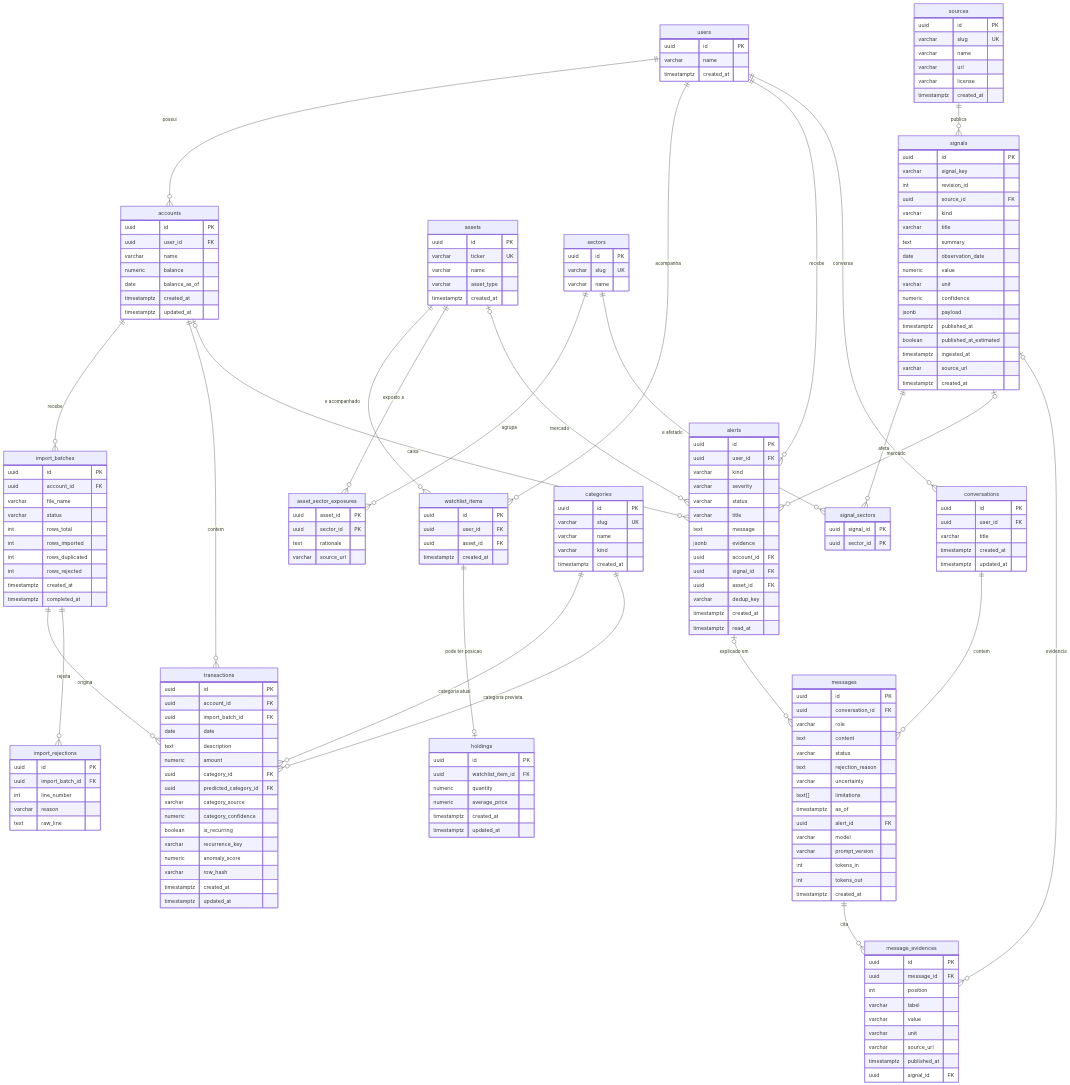
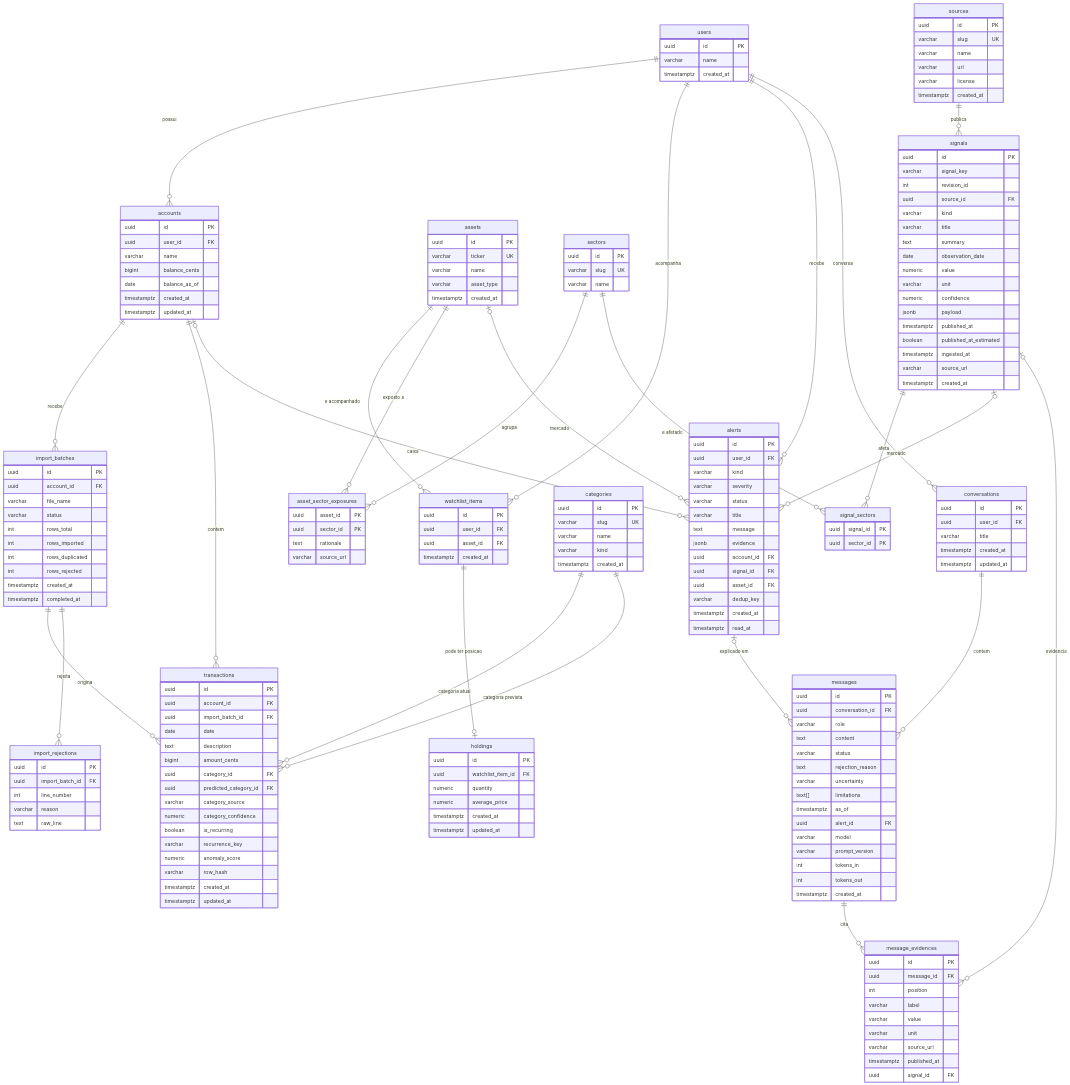
Before and after one commit to UaiScript/valyra-hackbrasil-2026: the diagram in docs/modelagem-db.md, drawn with Mermaid. The commit also changed other lines of this file and 3 other files, not shown here.

```diff
--- a/docs/modelagem-db.md
+++ b/docs/modelagem-db.md
@@ -76,7 +80,7 @@
         uuid id PK
         uuid user_id FK
         varchar name
-        numeric balance
+        bigint balance_cents
         date balance_as_of
         timestamptz created_at
         timestamptz updated_at
@@ -113,7 +117,7 @@
         uuid import_batch_id FK
         date date
         text description
-        numeric amount
+        bigint amount_cents
         uuid category_id FK
         uuid predicted_category_id FK
         varchar category_source
```
